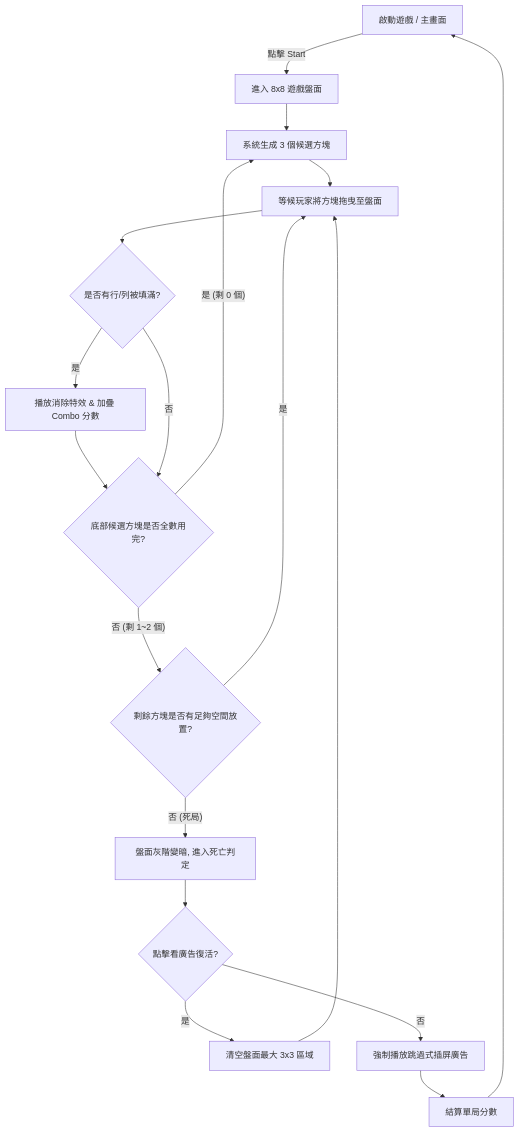
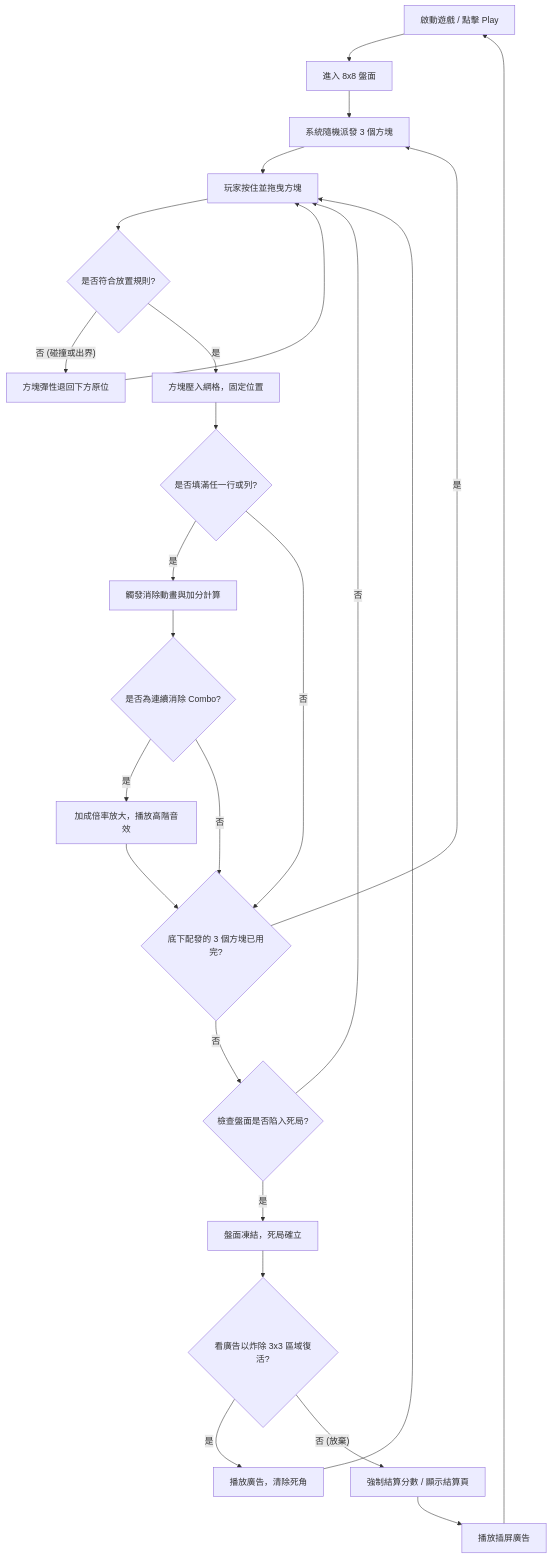
The diagram in teardowns/BlockBlast/01_System_Economy.md (Akkuo/build_game), drawn with Mermaid before and after one commit. The commit also changed other lines of this file and 33 other files, not shown here.

````diff
--- a/teardowns/BlockBlast/01_System_Economy.md
+++ b/teardowns/BlockBlast/01_System_Economy.md
@@ -15,20 +17,26 @@
 ```mermaid
 graph TD
-    A[啟動遊戲 / 主畫面] -->|點擊 Start| B[進入 8x8 遊戲盤面]
-    B --> C[系統生成 3 個候選方塊]
-    C --> D[等候玩家將方塊拖曳至盤面]
-    D --> E{是否有行/列被填滿?}
-    E -- 是 --> F[播放消除特效 & 加疊 Combo 分數]
-    F --> G{底部候選方塊是否全數用完?}
-    E -- 否 --> G
-    G -- 是 (剩 0 個) --> C
-    G -- 否 (剩 1~2 個) --> H{剩餘方塊是否有足夠空間放置?}
-    H -- 是 --> D
-    H -- 否 (死局) --> I[盤面灰階變暗, 進入死亡判定]
-    I --> J{點擊看廣告復活?}
-    J -- 是 --> K[清空盤面最大 3x3 區域]
-    K --> D
-    J -- 否 --> L[強制播放跳過式插屏廣告]
-    L --> M[結算單局分數]
-    M --> A
+    A[啟動遊戲 / 點擊 Play] --> B[進入 8x8 盤面]
+    B --> C[系統隨機派發 3 個方塊]
+    C --> D[玩家按住並拖曳方塊]
+    D --> E{是否符合放置規則?}
+    E -- 否 (碰撞或出界) --> F[方塊彈性退回下方原位]
+    F --> D
+    E -- 是 --> G[方塊壓入網格，固定位置]
+    G --> H{是否填滿任一行或列?}
+    H -- 是 --> I[觸發消除動畫與加分計算]
+    I --> J{是否為連續消除 Combo?}
+    J -- 是 --> K[加成倍率放大，播放高階音效]
+    J -- 否 --> L
+    H -- 否 --> L{底下配發的 3 個方塊已用完?}
+    K --> L
+    L -- 是 --> C
+    L -- 否 --> M{檢查盤面是否陷入死局?}
+    M -- 否 --> D
+    M -- 是 --> N[盤面凍結，死局確立]
+    N --> O{看廣告以炸除 3x3 區域復活?}
+    O -- 是 --> P[播放廣告，清除死角]
+    P --> D
+    O -- 否 (放棄) --> Q[強制結算分數 / 顯示結算頁]
+    Q --> R[播放插屏廣告] --> A
 ```
````
